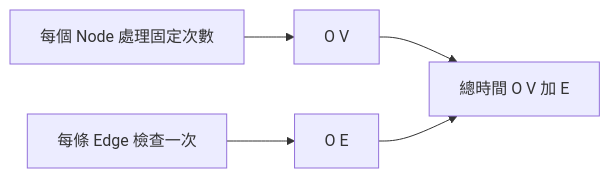
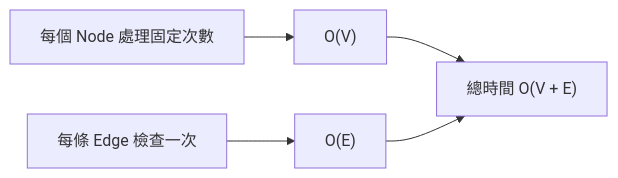
Diagram 18 of 19 in 07_graph/31_topological_sort.md (davidchen0970/algorithm_note), drawn with Mermaid before and after one commit. The commit also changed other lines of this file and 2 other files, not shown here.

````diff
--- a/07_graph/31_topological_sort.md
+++ b/07_graph/31_topological_sort.md
@@ -567,7 +647,7 @@
 ```mermaid
 flowchart LR
-    V[每個 Node 處理固定次數] --> T[O V]
-    E[每條 Edge 檢查一次] --> U[O E]
-    T --> O[總時間 O V 加 E]
+    V["每個 Node 處理固定次數"] --> T["O(V)"]
+    E["每條 Edge 檢查一次"] --> U["O(E)"]
+    T --> O["總時間 O(V + E)"]
     U --> O
 ```
````
